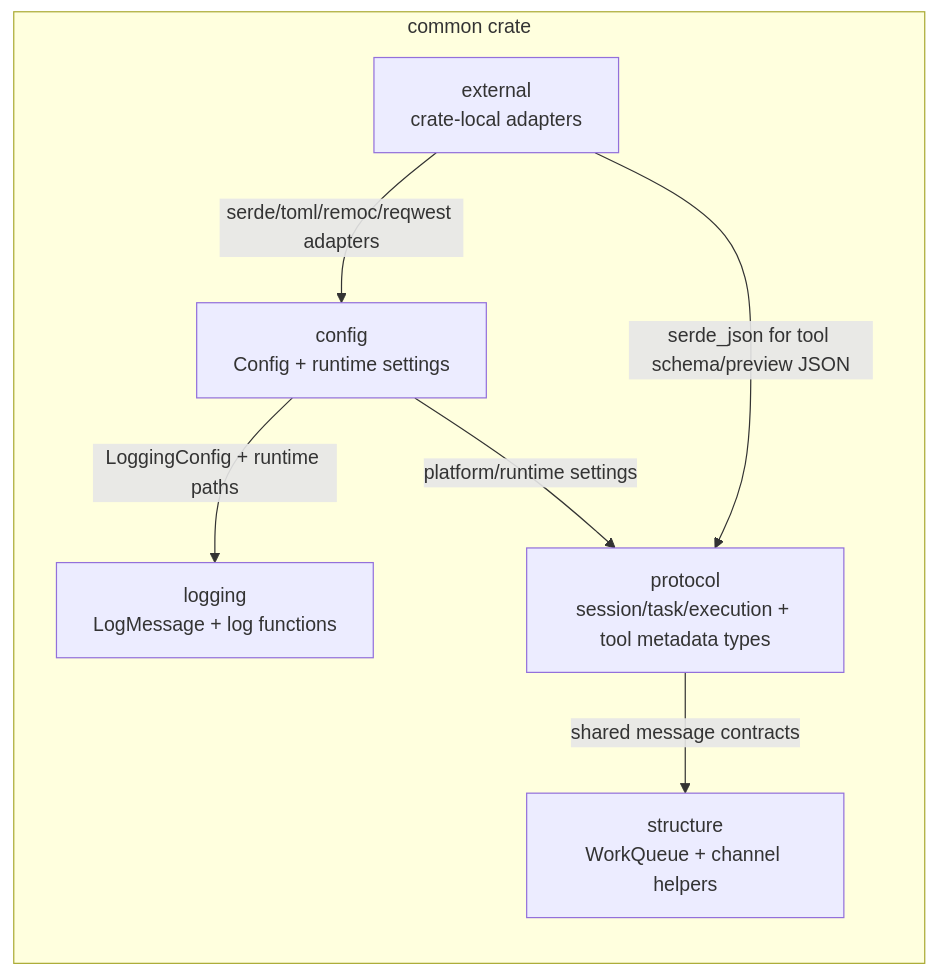
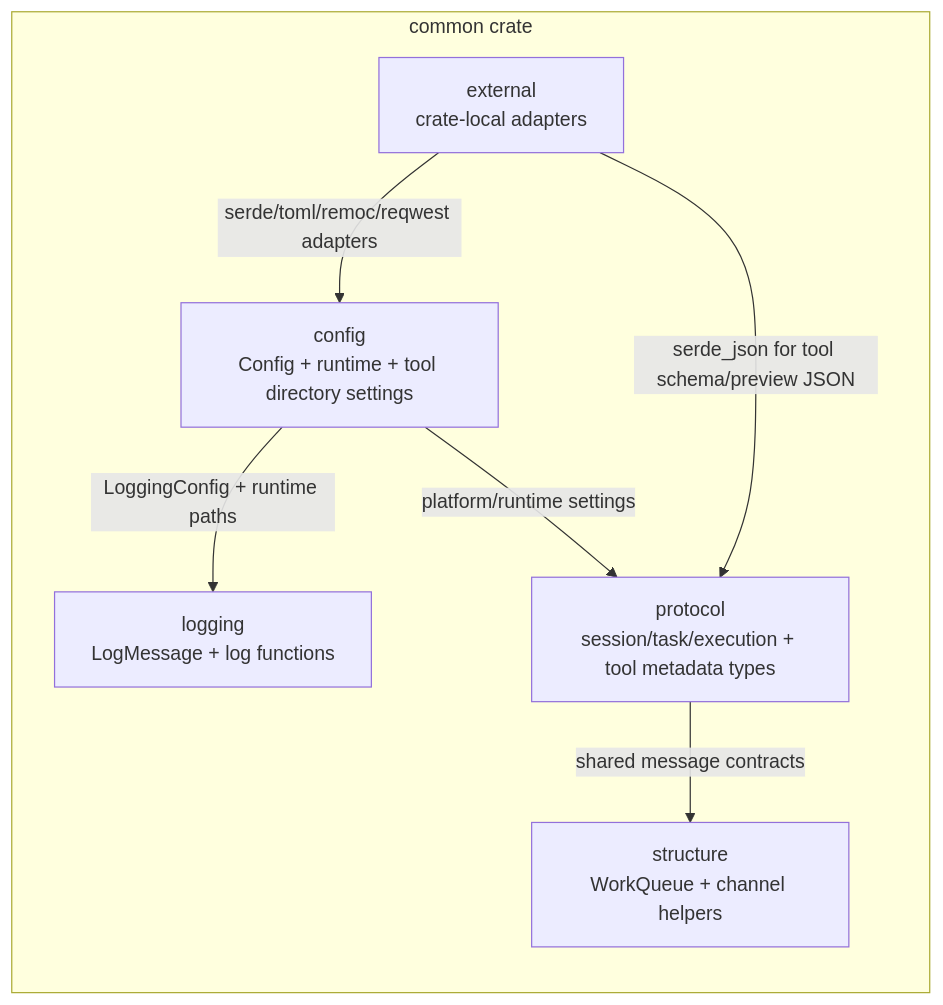
One commit to DexterDreeeam/Marix changed the diagram in src/common/.workflow.mmd. Above: the diagram before and after it, drawn with Mermaid. The commit also changed 69 other files, not shown here.

Commit message:
Implement host/client sessions, executor router, registry, tool config; relocate tool crate; rename execution/task events

```diff
--- a/src/common/.workflow.mmd
+++ b/src/common/.workflow.mmd
@@ -1,15 +1,15 @@
 flowchart LR
   %% Common is its own crate root; lib.rs wires child-module APIs without owning concrete interfaces.
   subgraph common_crate[common crate]
-    ConfigModule["config\nConfig + runtime settings"]
+    ConfigModule["config\nConfig + runtime + tool directory settings"]
     ExternalModule["external\ncrate-local adapters"]
     LoggingModule["logging\nLogMessage + log functions"]
     ProtocolModule["protocol\nsession/task/execution + tool metadata types"]
     StructureModule["structure\nWorkQueue + channel helpers"]
   end
 
   ExternalModule -->|"serde/toml/remoc/reqwest adapters"| ConfigModule
   ConfigModule -->|"LoggingConfig + runtime paths"| LoggingModule
   ProtocolModule -->|"shared message contracts"| StructureModule
   ConfigModule -->|"platform/runtime settings"| ProtocolModule
   ExternalModule -->|"serde_json for tool schema/preview JSON"| ProtocolModule
```
